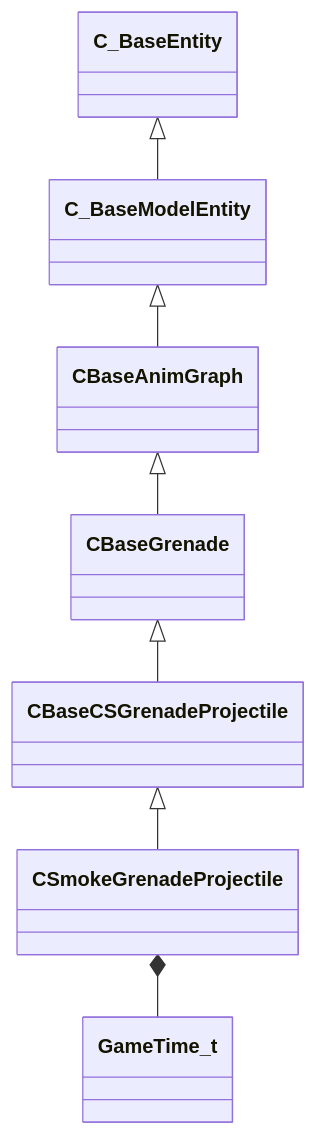
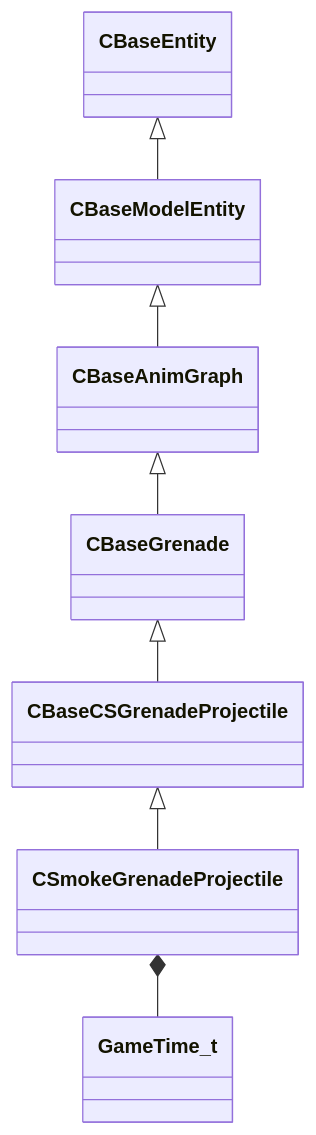
One commit to CS2OpenDev/CS2OpenDev-Docs changed the diagram in docs/generated/schemas/server/CSmokeGrenadeProjectile.md. Above: the diagram before and after it, drawn with Mermaid. The commit also changed other lines of this file and 4525 other files, not shown here.

````diff
--- a/docs/generated/schemas/server/CSmokeGrenadeProjectile.md
+++ b/docs/generated/schemas/server/CSmokeGrenadeProjectile.md
@@ -20,9 +21,9 @@
 ```mermaid
 classDiagram
     CBaseCSGrenadeProjectile <|-- CSmokeGrenadeProjectile
     CBaseGrenade <|-- CBaseCSGrenadeProjectile
     CBaseAnimGraph <|-- CBaseGrenade
-    C_BaseModelEntity <|-- CBaseAnimGraph
-    C_BaseEntity <|-- C_BaseModelEntity
+    CBaseModelEntity <|-- CBaseAnimGraph
+    CBaseEntity <|-- CBaseModelEntity
     CSmokeGrenadeProjectile *-- GameTime_t
 ```
````
